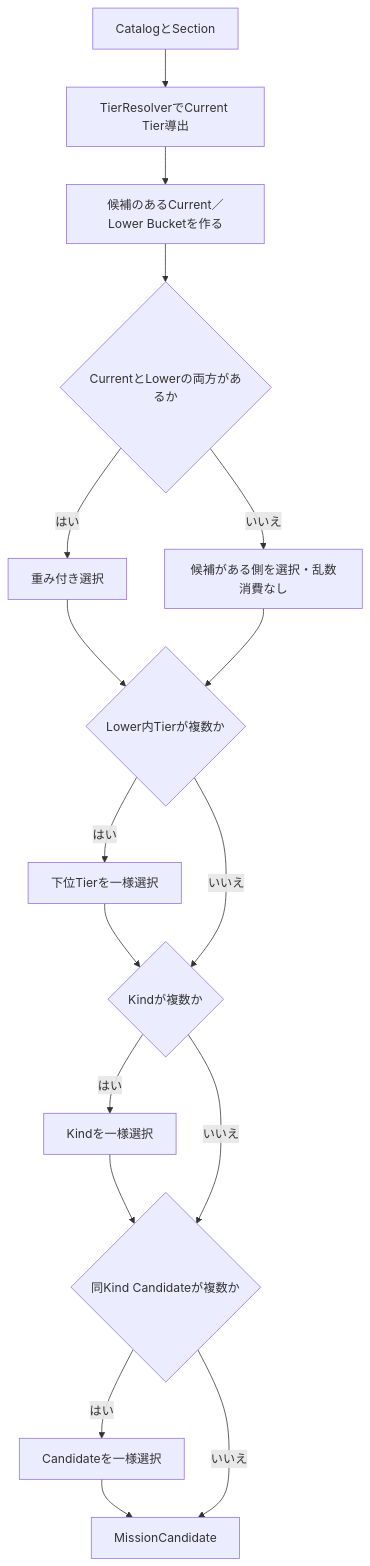
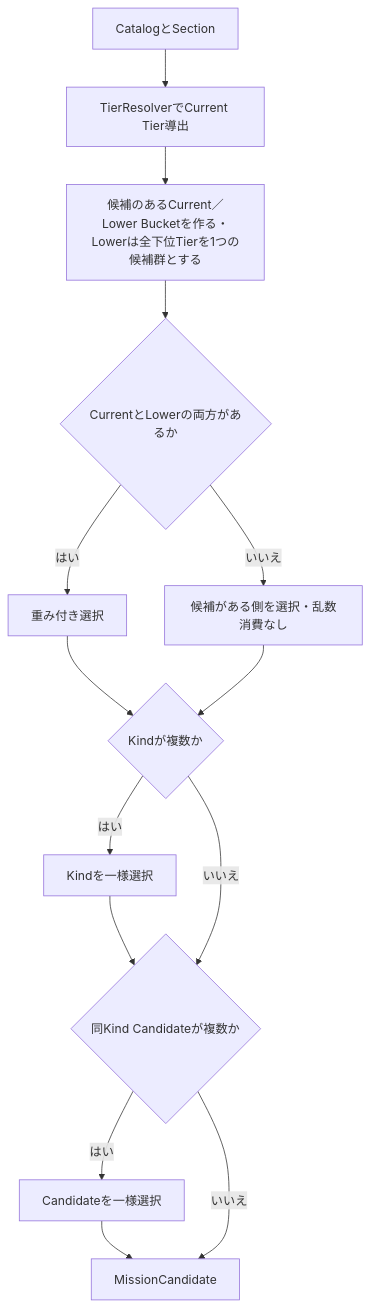
Diagram 11 of 13 in docs/architecture/core/core-logic-overview.md (MicomProcedure/change-change-change), drawn with Mermaid before and after one commit. The commit also changed 11 other files, not shown here.

````diff
--- a/docs/architecture/core/core-logic-overview.md
+++ b/docs/architecture/core/core-logic-overview.md
@@ -459,26 +459,22 @@
 ```mermaid
 flowchart TD
     Start[CatalogとSection]
     Tier[TierResolverでCurrent Tier導出]
-    Bucket[候補のあるCurrent／Lower Bucketを作る]
+    Bucket[候補のあるCurrent／Lower Bucketを作る・Lowerは全下位Tierを1つの候補群とする]
     Range{CurrentとLowerの両方があるか}
     Weighted[重み付き選択]
     OneRange[候補がある側を選択・乱数消費なし]
-    LowerTier{Lower内Tierが複数か}
-    PickLower[下位Tierを一様選択]
     Kind{Kindが複数か}
     PickKind[Kindを一様選択]
     Candidate{同Kind Candidateが複数か}
     PickCandidate[Candidateを一様選択]
     Result[MissionCandidate]
 
     Start --> Tier --> Bucket --> Range
-    Range -->|はい| Weighted --> LowerTier
-    Range -->|いいえ| OneRange --> LowerTier
-    LowerTier -->|はい| PickLower --> Kind
-    LowerTier -->|いいえ| Kind
+    Range -->|はい| Weighted --> Kind
+    Range -->|いいえ| OneRange --> Kind
     Kind -->|はい| PickKind --> Candidate
     Kind -->|いいえ| Candidate
     Candidate -->|はい| PickCandidate --> Result
     Candidate -->|いいえ| Result
 ```
````
